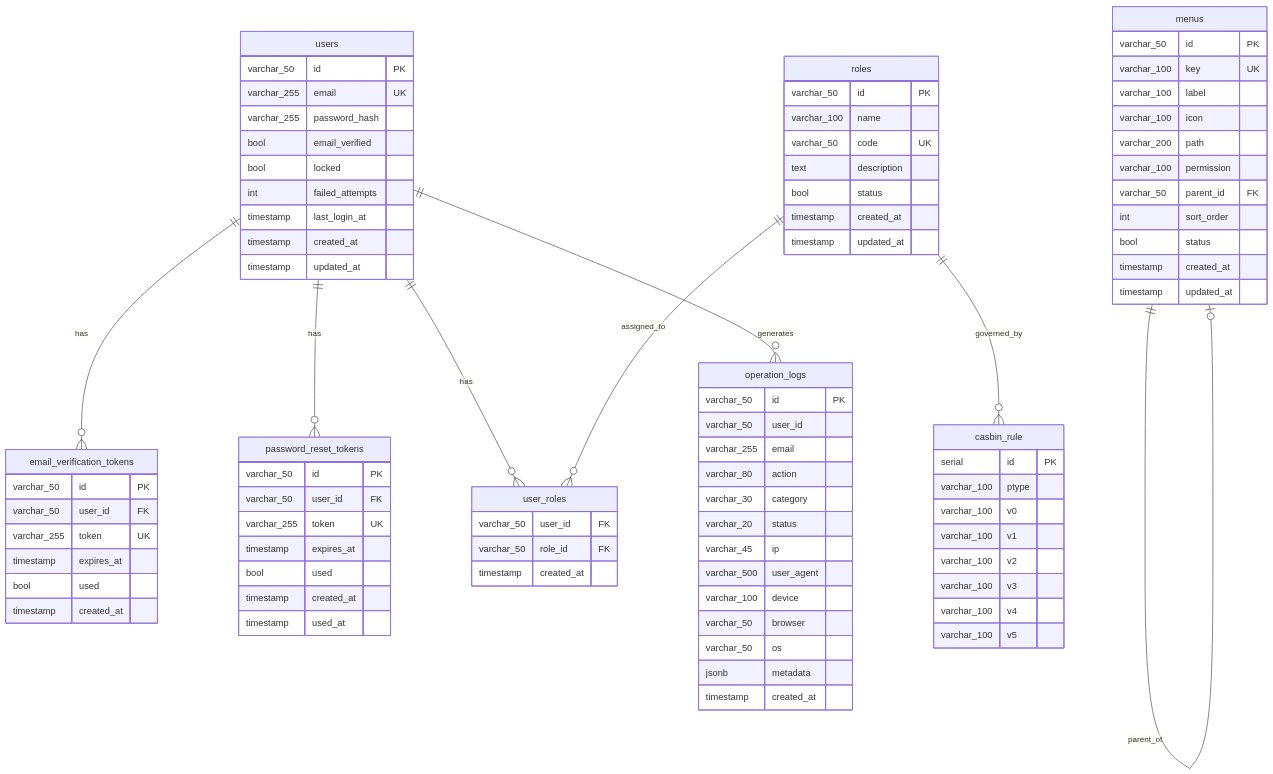
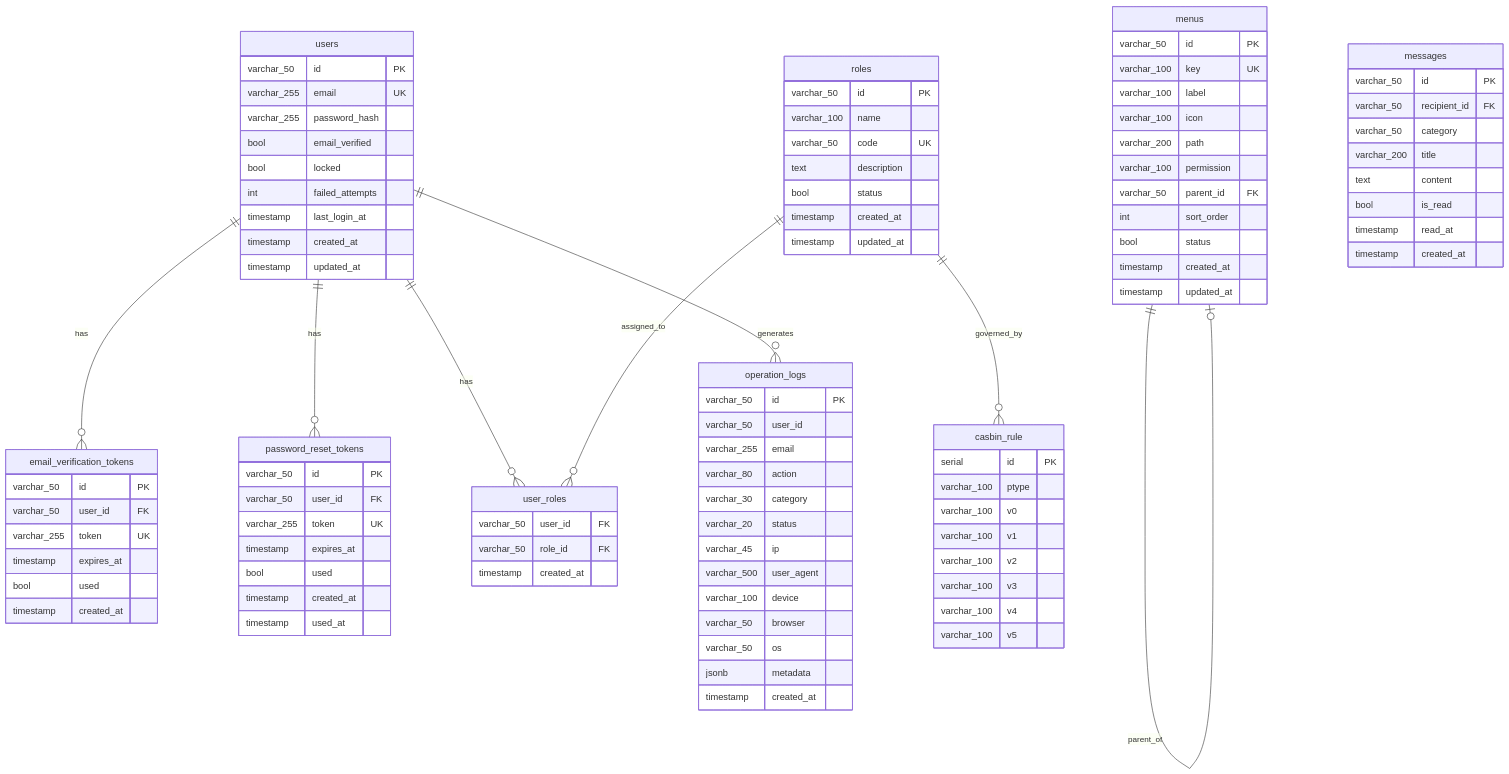
The diagram in docs/backend/database/SCHEMA_DESIGN.md (shenfay/go-react-admin), drawn with Mermaid before and after one commit. The commit also changed other lines of this file and 7 other files, not shown here.

````diff
--- a/docs/backend/database/SCHEMA_DESIGN.md
+++ b/docs/backend/database/SCHEMA_DESIGN.md
@@ -126,4 +127,15 @@
         jsonb metadata
         timestamp created_at
     }
+    
+    messages {
+        varchar_50 id PK
+        varchar_50 recipient_id FK
+        varchar_50 category
+        varchar_200 title
+        text content
+        bool is_read
+        timestamp read_at
+        timestamp created_at
+    }
 ```
````
